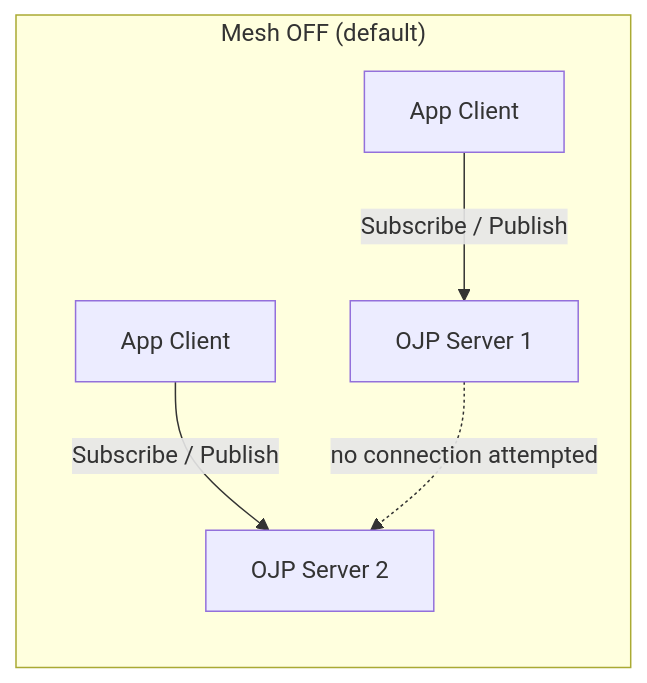
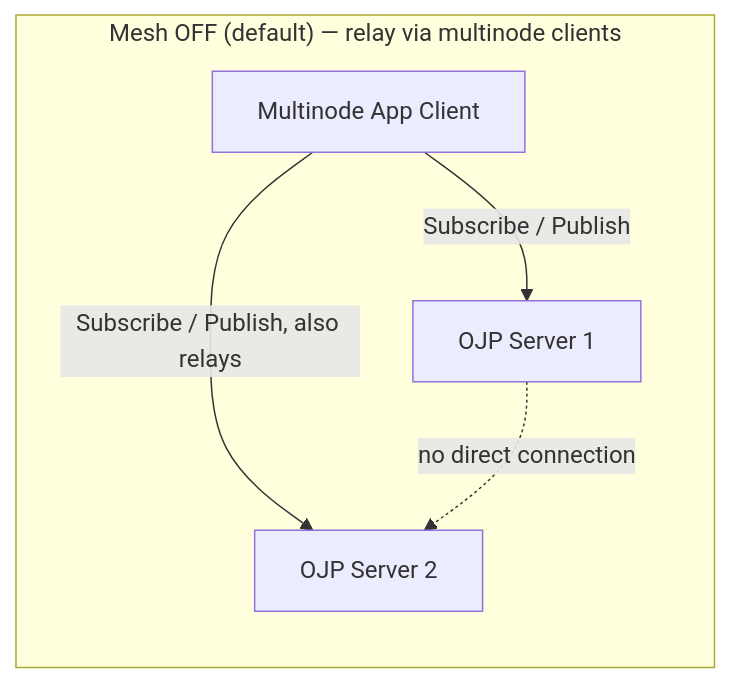
One commit to Open-JDBC-Proxy/ojp changed the first of 2 diagrams in documents/analysis/OJP_MESSAGING_PROTOCOL_SUMMARY.md. Above: the diagram before and after it, drawn with Mermaid. The commit also changed other lines of this file and 1 other file, not shown here.

Commit message:
Rework Mesh OFF as client-relay mode with pros/cons vs direct mesh

````diff
--- a/documents/analysis/OJP_MESSAGING_PROTOCOL_SUMMARY.md
+++ b/documents/analysis/OJP_MESSAGING_PROTOCOL_SUMMARY.md
@@ -58,8 +73,8 @@
 ```mermaid
 graph LR
-    subgraph "Mesh OFF (default)"
-        C1[App Client] -->|Subscribe / Publish| S1[OJP Server 1]
-        C2[App Client] -->|Subscribe / Publish| S2[OJP Server 2]
-        S1 -.->|no connection attempted| S2
+    subgraph "Mesh OFF (default) — relay via multinode clients"
+        CM[Multinode App Client] -->|Subscribe / Publish| S1[OJP Server 1]
+        CM -->|Subscribe / Publish, also relays| S2[OJP Server 2]
+        S1 -.->|no direct connection| S2
     end
 ```
````
